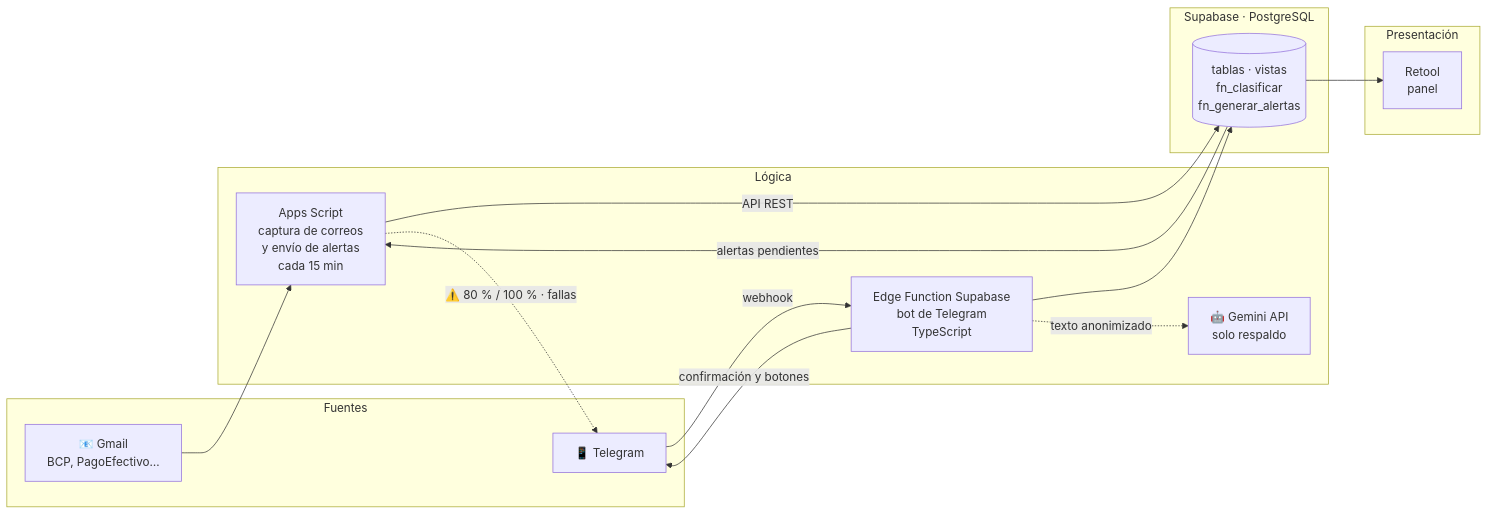
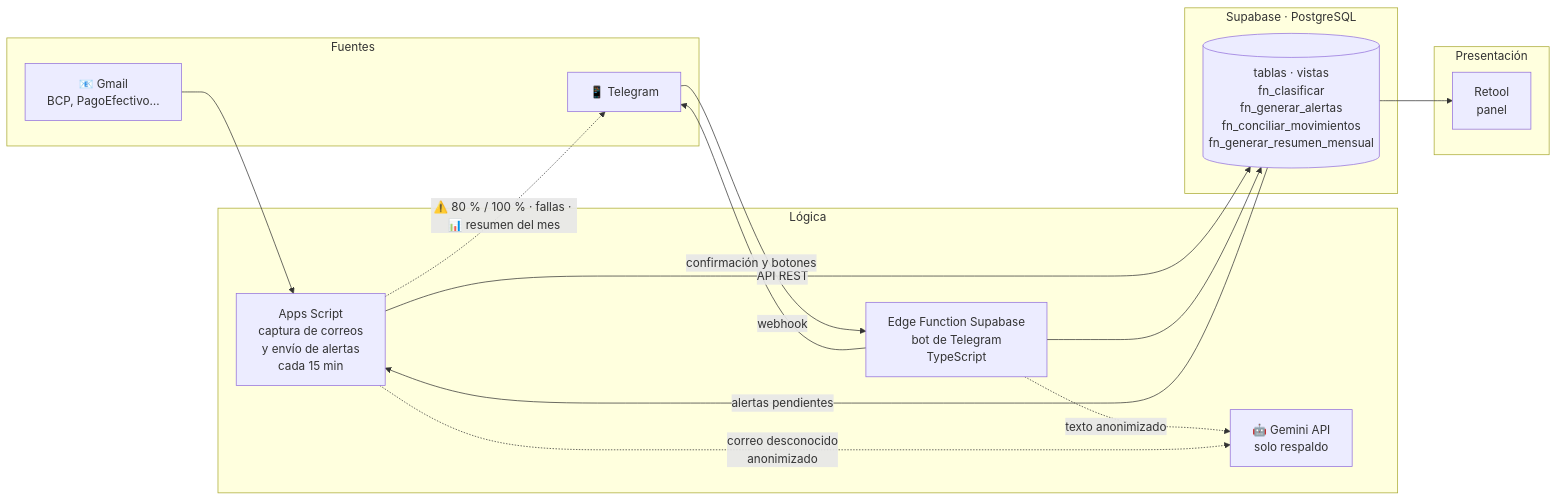
The diagram in README.md (Guille2977/Finanzas-personales), drawn with Mermaid before and after one commit. The commit also changed other lines of this file and 11 other files, not shown here.

````diff
--- a/README.md
+++ b/README.md
@@ -22,24 +21,25 @@
 ```mermaid
 flowchart LR
     subgraph Fuentes
         G[📧 Gmail<br/>BCP, PagoEfectivo…]
         T[📱 Telegram]
     end
     subgraph Lógica
         AS[Apps Script<br/>captura de correos<br/>y envío de alertas<br/>cada 15 min]
         EF[Edge Function Supabase<br/>bot de Telegram<br/>TypeScript]
         IA[🤖 Gemini API<br/>solo respaldo]
     end
     subgraph Datos["Supabase · PostgreSQL"]
-        DB[(tablas · vistas<br/>fn_clasificar<br/>fn_generar_alertas)]
+        DB[(tablas · vistas<br/>fn_clasificar<br/>fn_generar_alertas<br/>fn_conciliar_movimientos<br/>fn_generar_resumen_mensual)]
     end
     subgraph Presentación
         R[Retool<br/>panel]
     end
     G --> AS -->|API REST| DB
     T -->|webhook| EF --> DB
     EF -.->|"texto anonimizado"| IA
+    AS -.->|"correo desconocido<br/>anonimizado"| IA
     DB --> R
     EF -->|confirmación y botones| T
-    DB -->|alertas pendientes| AS -.->|"⚠️ 80 % / 100 % · fallas"| T
+    DB -->|alertas pendientes| AS -.->|"⚠️ 80 % / 100 % · fallas · 📊 resumen del mes"| T
 ```
````
